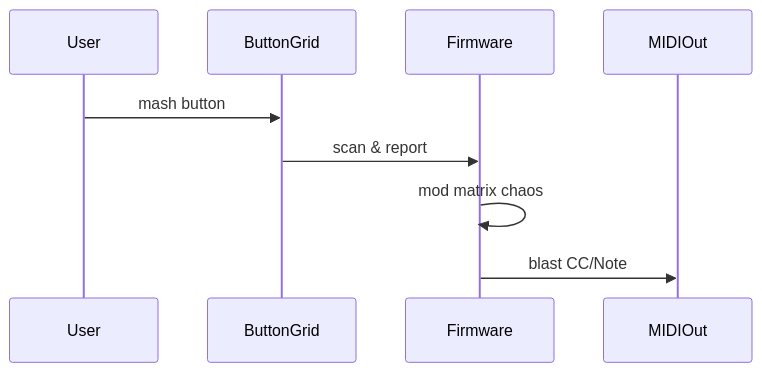
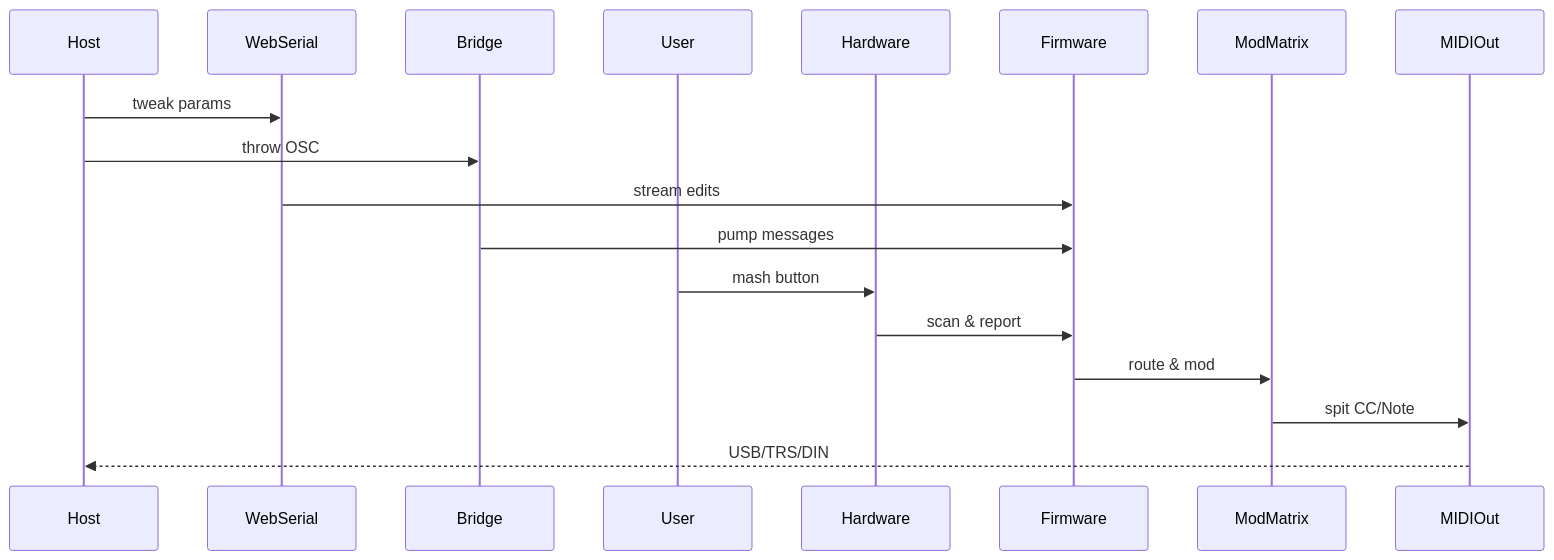
The diagram in README.md (bseverns/MOARkNOBS-42), drawn with Mermaid before and after one commit. The commit also changed other lines of this file and 1 other file, not shown here.

Commit message:
docs: fuse mermaid chaos into single snapshots

````diff
--- a/README.md
+++ b/README.md
@@ -48,11 +32,21 @@
 ```mermaid
 sequenceDiagram
+  participant Host
+  participant WebSerial
+  participant Bridge
   participant User
-  participant Grid as ButtonGrid
-  participant Code as Firmware
-  participant MIDI as MIDIOut
-  User->>Grid: mash button
-  Grid->>Code: scan & report
-  Code->>Code: mod matrix chaos
-  Code->>MIDI: blast CC/Note
+  participant Hardware
+  participant Firmware
+  participant ModMatrix
+  participant MIDIOut
+
+  Host->>WebSerial: tweak params
+  Host->>Bridge: throw OSC
+  WebSerial->>Firmware: stream edits
+  Bridge->>Firmware: pump messages
+  User->>Hardware: mash button
+  Hardware->>Firmware: scan & report
+  Firmware->>ModMatrix: route & mod
+  ModMatrix->>MIDIOut: spit CC/Note
+  MIDIOut-->>Host: USB/TRS/DIN
 ```
````
